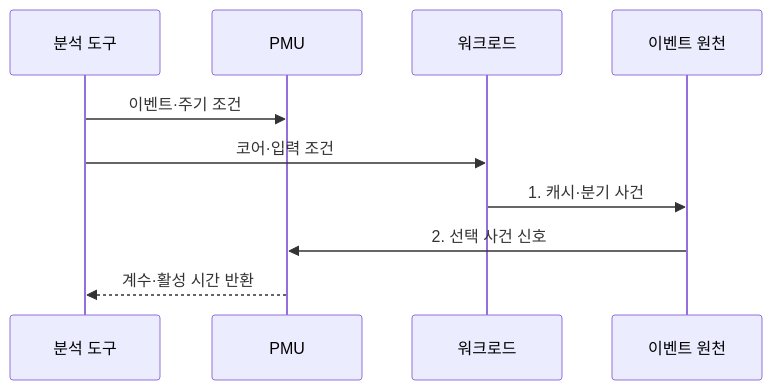
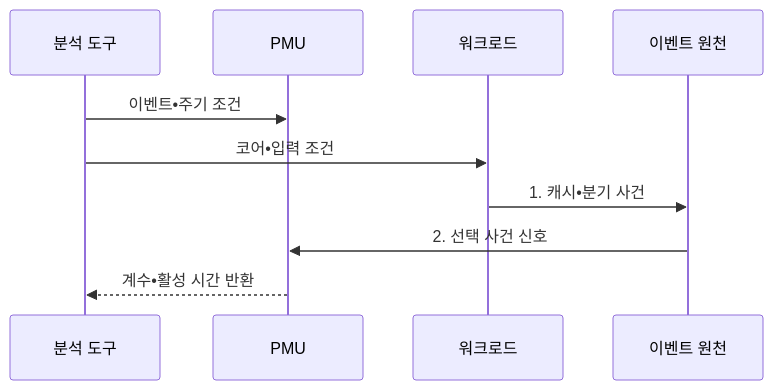
One commit to agnusdei1207/knowledge-base changed the second of 2 diagrams in src/content/docs/notes/02-hardware/091_hardware_performance_counter_pmu.md. Above: the diagram before and after it, drawn with Mermaid. The commit also changed other lines of this file and 953 other files, not shown here.

````diff
--- a/src/content/docs/notes/02-hardware/091_hardware_performance_counter_pmu.md
+++ b/src/content/docs/notes/02-hardware/091_hardware_performance_counter_pmu.md
@@ -112,12 +112,12 @@
 ```mermaid
 sequenceDiagram
     participant A as 분석 도구
     participant P as PMU
     participant W as 워크로드
     participant E as 이벤트 원천
-    A->>P: 이벤트·주기 조건
-    A->>W: 코어·입력 조건
-    W->>E: 1. 캐시·분기 사건
+    A->>P: 이벤트•주기 조건
+    A->>W: 코어•입력 조건
+    W->>E: 1. 캐시•분기 사건
     E->>P: 2. 선택 사건 신호
-    P-->>A: 계수·활성 시간 반환
+    P-->>A: 계수•활성 시간 반환
 ```
````
